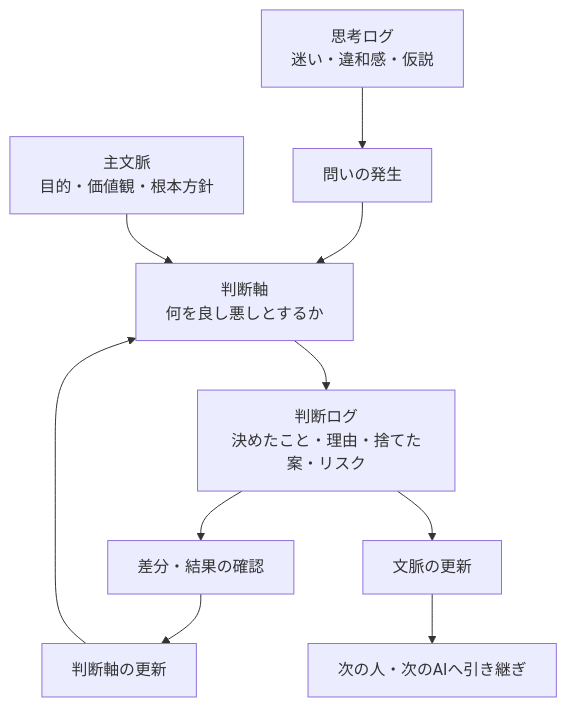
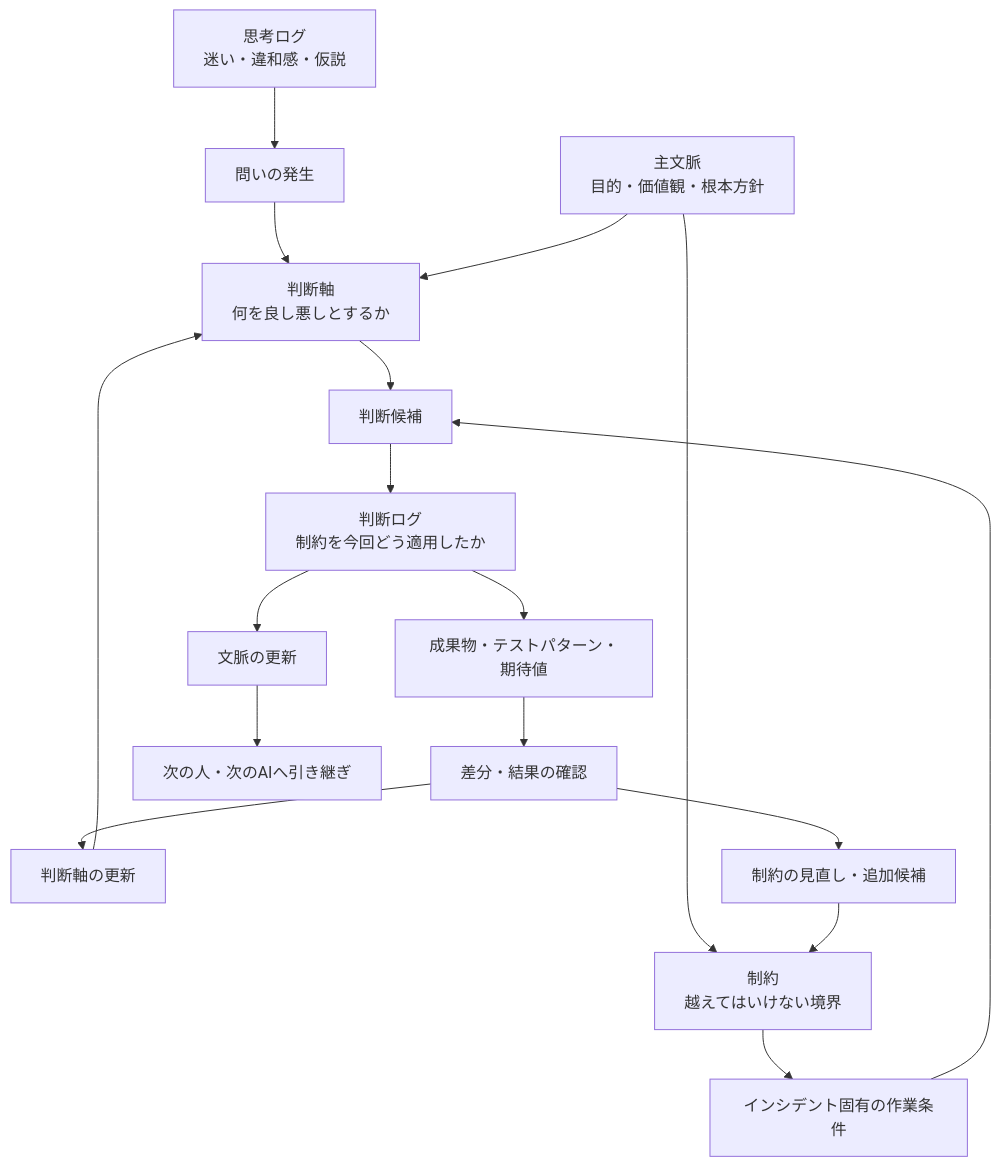
Before and after one commit to tamasub/FRB: the diagram in articles/ai-collaboration-context-decision-log.md, drawn with Mermaid. The commit also changed other lines of this file, not shown here.

````diff
--- a/articles/ai-collaboration-context-decision-log.md
+++ b/articles/ai-collaboration-context-decision-log.md
@@ -123,12 +127,19 @@
 ```mermaid
 flowchart TD
     A[思考ログ<br/>迷い・違和感・仮説] --> B[問いの発生]
     B --> C[判断軸<br/>何を良し悪しとするか]
     D[主文脈<br/>目的・価値観・根本方針] --> C
-    C --> E[判断ログ<br/>決めたこと・理由・捨てた案・リスク]
-    E --> F[差分・結果の確認]
+    D --> X[制約<br/>越えてはいけない境界]
+    C --> E[判断候補]
+    X --> W[インシデント固有の作業条件]
+    W --> E
+    E --> J[判断ログ<br/>制約を今回どう適用したか]
+    J --> Y[成果物・テストパターン・期待値]
+    Y --> F[差分・結果の確認]
     F --> G[判断軸の更新]
     G --> C
-    E --> H[文脈の更新]
+    F --> K[制約の見直し・追加候補]
+    K --> X
+    J --> H[文脈の更新]
     H --> I[次の人・次のAIへ引き継ぎ]
 ```
````
